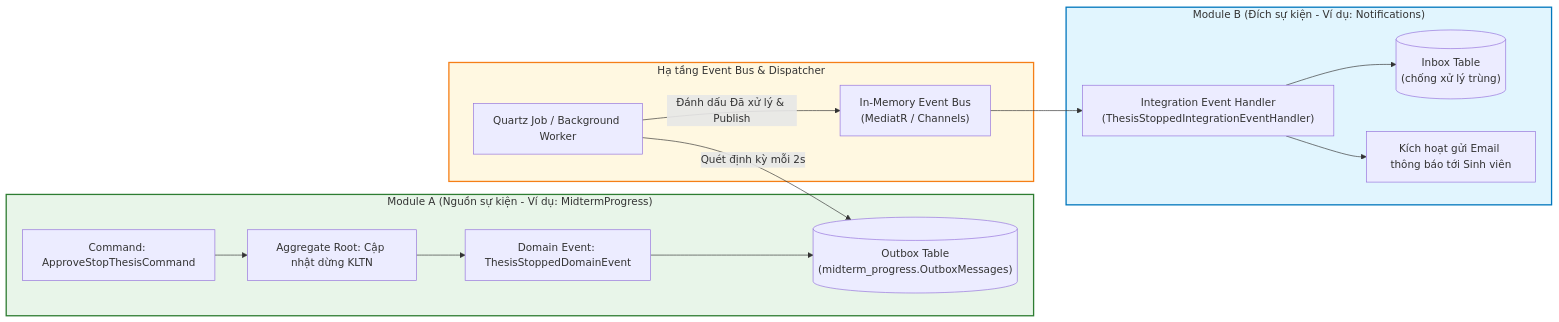
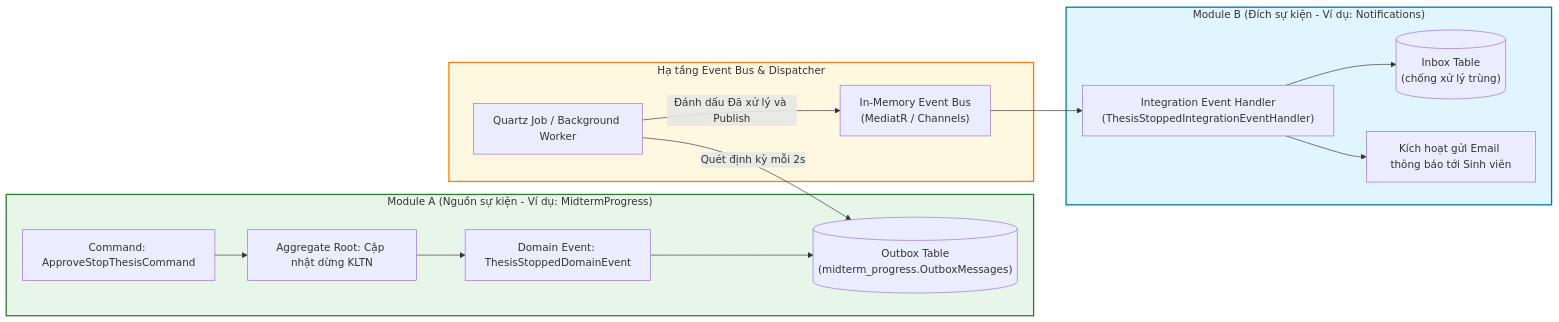
The tenth of 13 diagrams in docs/Architecture.md (karasuma-2401/UGTM), drawn with Mermaid before and after one commit. The commit also changed other lines of this file, not shown here.

Commit message:
fix: diagram part 2

````diff
--- a/docs/Architecture.md
+++ b/docs/Architecture.md
@@ -579,23 +579,23 @@
 ```mermaid
 flowchart LR
     subgraph ModuleA["Module A (Nguồn sự kiện - Ví dụ: MidtermProgress)"]
         CmdA["Command: ApproveStopThesisCommand"] --> AggA["Aggregate Root: Cập nhật dừng KLTN"]
         AggA --> EvtA["Domain Event: ThesisStoppedDomainEvent"]
         EvtA --> OutboxA[("Outbox Table\n(midterm_progress.OutboxMessages)")]
     end
 
     subgraph Infra["Hạ tầng Event Bus & Dispatcher"]
         Job["Quartz Job / Background Worker"] -->|Quét định kỳ mỗi 2s| OutboxA
-        Job -->|Đánh dấu Đã xử lý & Publish| Bus["In-Memory Event Bus\n(MediatR / Channels)"]
+        Job -->|Đánh dấu Đã xử lý và Publish| Bus["In-Memory Event Bus\n(MediatR / Channels)"]
     end
 
     subgraph ModuleB["Module B (Đích sự kiện - Ví dụ: Notifications)"]
         Bus --> HandlerB["Integration Event Handler\n(ThesisStoppedIntegrationEventHandler)"]
         HandlerB --> InboxB[("Inbox Table\n(chống xử lý trùng)")]
         HandlerB --> SendMail["Kích hoạt gửi Email thông báo tới Sinh viên"]
     end
 
     style ModuleA fill:#e8f5e9,stroke:#2e7d32,stroke-width:2px
     style Infra fill:#fff8e1,stroke:#f57f17,stroke-width:2px
     style ModuleB fill:#e1f5fe,stroke:#0277bd,stroke-width:2px
 ```
````
